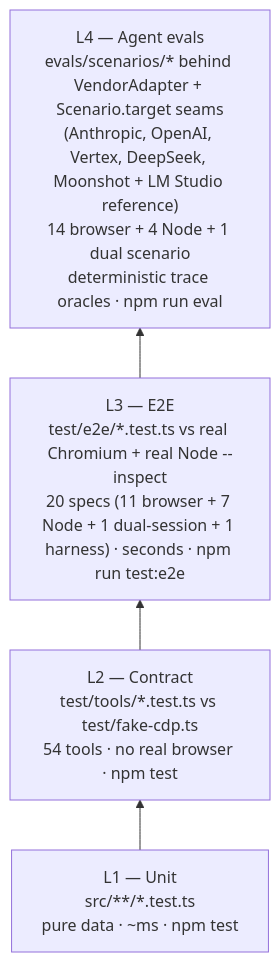
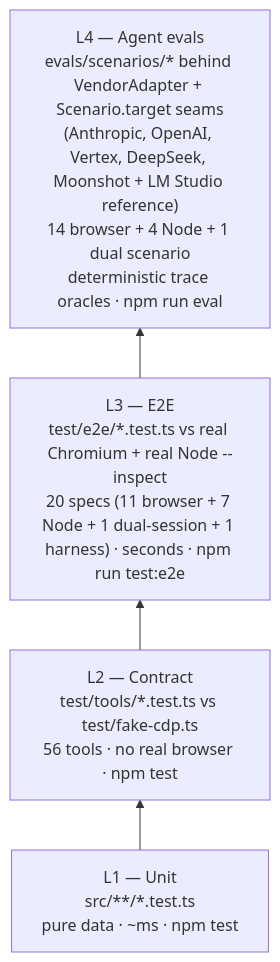
Before and after one commit to lcjanke2020/lynceus: the sixth of 6 diagrams in docs/ARCHITECTURE.md, drawn with Mermaid. The commit also changed other lines of this file and 12 other files, not shown here.

````diff
--- a/docs/ARCHITECTURE.md
+++ b/docs/ARCHITECTURE.md
@@ -202,8 +202,8 @@
 ```mermaid
 flowchart BT
     L1["L1 — Unit<br/>src/**/*.test.ts<br/>pure data · ~ms · npm test"]
-    L2["L2 — Contract<br/>test/tools/*.test.ts vs test/fake-cdp.ts<br/>54 tools · no real browser · npm test"]
+    L2["L2 — Contract<br/>test/tools/*.test.ts vs test/fake-cdp.ts<br/>56 tools · no real browser · npm test"]
     L3["L3 — E2E<br/>test/e2e/*.test.ts vs real Chromium + real Node --inspect<br/>20 specs (11 browser + 7 Node + 1 dual-session + 1 harness) · seconds · npm run test:e2e"]
     L4["L4 — Agent evals<br/>evals/scenarios/* behind VendorAdapter + Scenario.target seams<br/>(Anthropic, OpenAI, Vertex, DeepSeek, Moonshot + LM Studio reference)<br/>14 browser + 4 Node + 1 dual scenario<br/>deterministic trace oracles · npm run eval"]
     L1 --> L2 --> L3 --> L4
 ```
````
